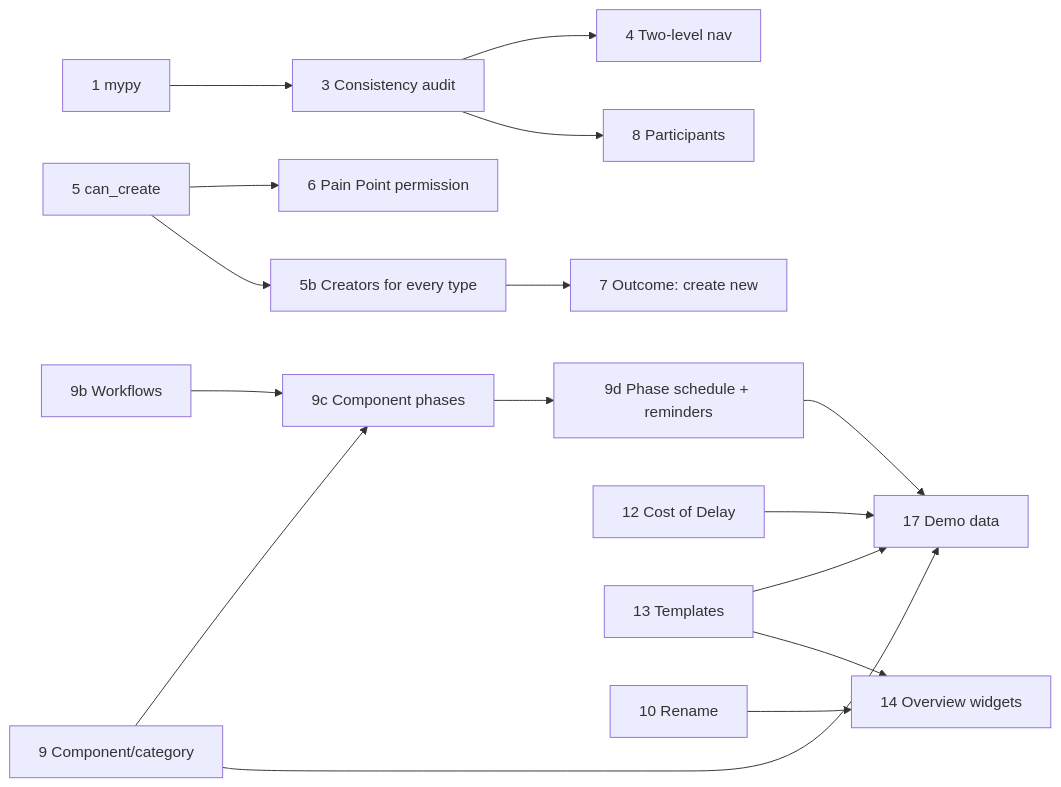
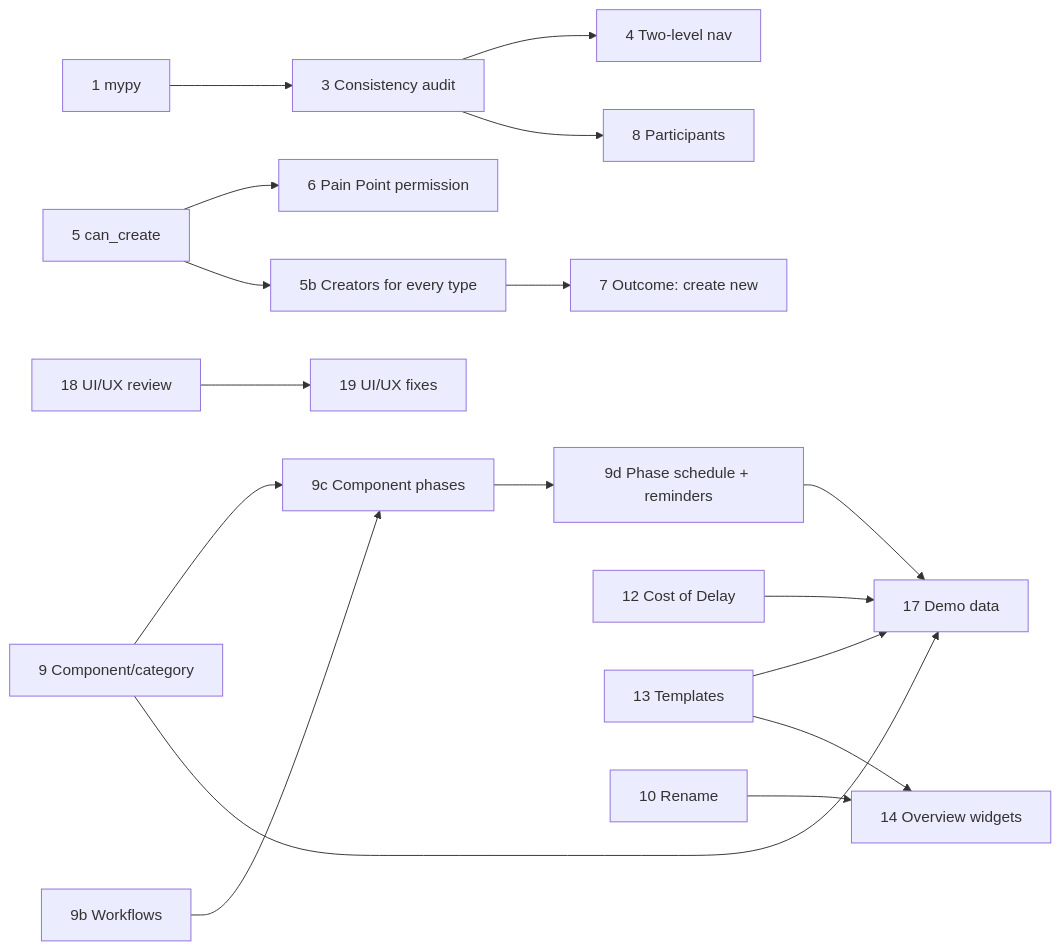
One commit to ballardr/reqtrackmanager changed the diagram in docs/plans/platform-review-2026-11-plan.md. Above: the diagram before and after it, drawn with Mermaid. The commit also changed other lines of this file and 74 other files, not shown here.

````diff
--- a/docs/plans/platform-review-2026-11-plan.md
+++ b/docs/plans/platform-review-2026-11-plan.md
@@ -35,18 +38,19 @@
 ```mermaid
 flowchart LR
     P1["1 mypy"] --> P3["3 Consistency audit"]
     P3 --> P4["4 Two-level nav"]
     P5["5 can_create"] --> P6["6 Pain Point permission"]
     P5 --> P5b["5b Creators for every type"]
     P5b --> P7["7 Outcome: create new"]
     P3 --> P8["8 Participants"]
     P9b["9b Workflows"] --> P9c["9c Component phases"]
     P9["9 Component/category"] --> P9c
     P9 --> P17["17 Demo data"]
     P9c --> P9d["9d Phase schedule + reminders"]
     P9d --> P17
     P12["12 Cost of Delay"] --> P17
     P13["13 Templates"] --> P17
     P10["10 Rename"] --> P14["14 Overview widgets"]
     P13 --> P14
+    P18["18 UI/UX review"] --> P19["19 UI/UX fixes"]
 ```
````
